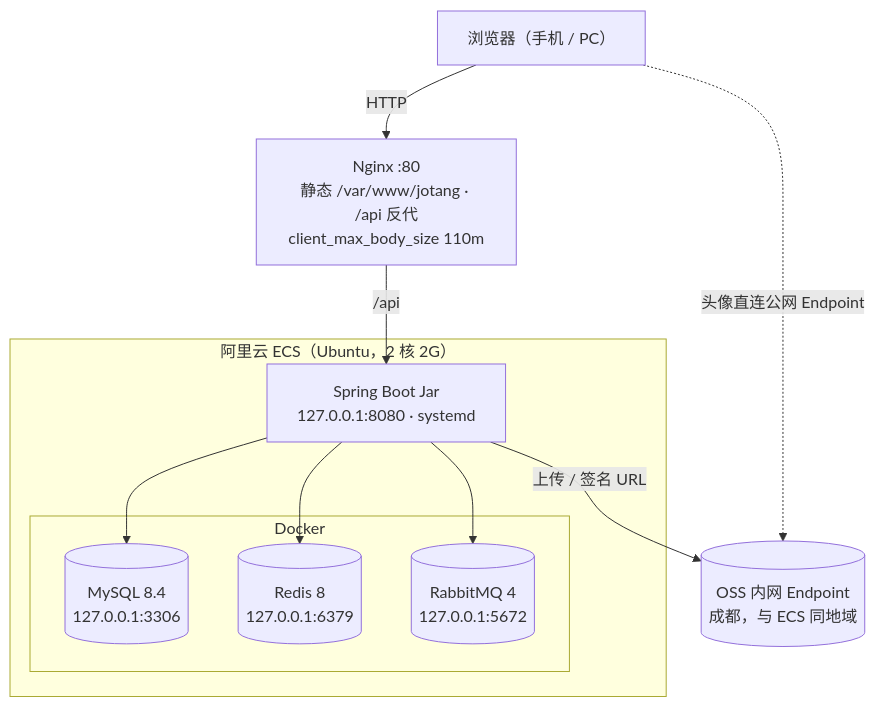
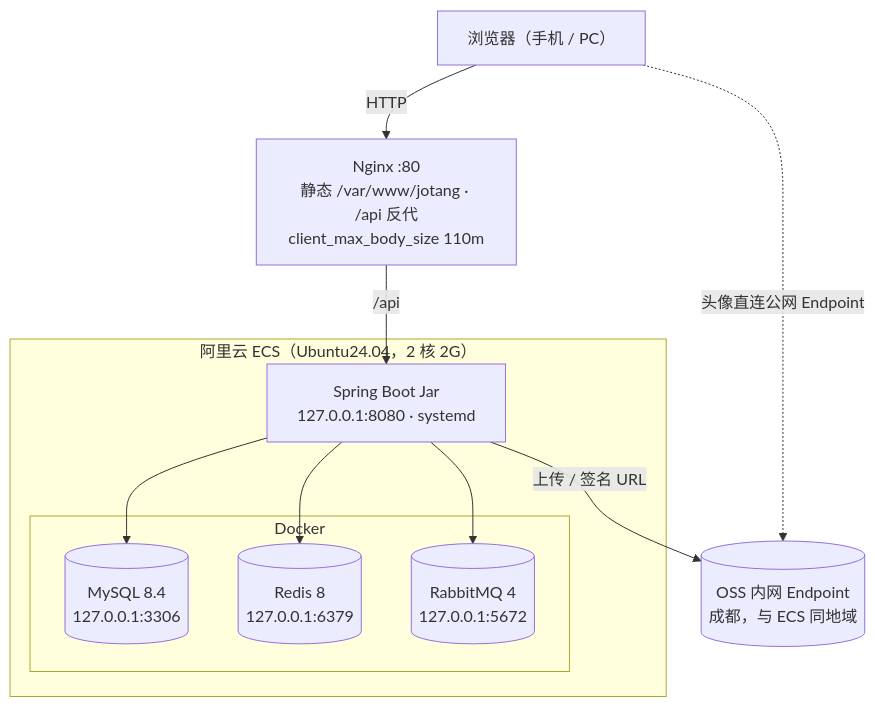
The diagram in docs/部署运维.md (ShiwarHoufu/jotang-note), drawn with Mermaid before and after one commit. The commit also changed other lines of this file and 2 other files, not shown here.

````diff
--- a/docs/部署运维.md
+++ b/docs/部署运维.md
@@ -9,21 +7,21 @@
 ```mermaid
 flowchart TB
   H5["浏览器（手机 / PC）"]
   NG["Nginx :80<br/>静态 /var/www/jotang · /api 反代<br/>client_max_body_size 110m"]
-  subgraph ECS["阿里云 ECS（Ubuntu，2 核 2G）"]
+  subgraph ECS["阿里云 ECS（Ubuntu24.04，2 核 2G）"]
     APP["Spring Boot Jar<br/>127.0.0.1:8080 · systemd"]
     subgraph DK["Docker"]
       MYSQL[("MySQL 8.4<br/>127.0.0.1:3306")]
       REDIS[("Redis 8<br/>127.0.0.1:6379")]
       MQ[("RabbitMQ 4<br/>127.0.0.1:5672")]
     end
   end
   OSS[("OSS 内网 Endpoint<br/>成都，与 ECS 同地域")]
   H5 -->|HTTP| NG
   NG -->|/api| APP
   APP --> MYSQL
   APP --> REDIS
   APP --> MQ
   APP -->|上传 / 签名 URL| OSS
   H5 -.->|头像直连公网 Endpoint| OSS
 ```
````
